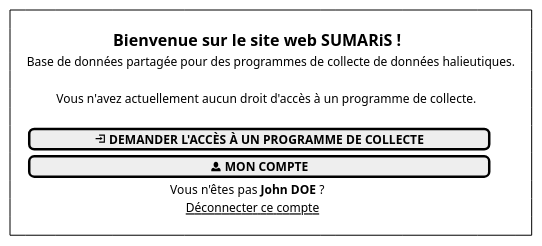
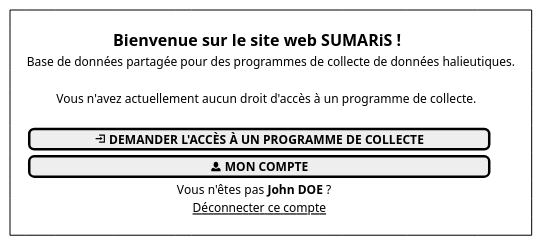
Before and after one commit to sumaris-net/sumaris-doc: the diagram in projects/common/spe/images/home-splash-no-access-rights.puml, drawn with PlantUML. The commit also changed 7 other files, not shown here.

```diff
--- a/projects/common/spe/images/home-splash-no-access-rights.puml
+++ b/projects/common/spe/images/home-splash-no-access-rights.puml
@@ -1,17 +1,17 @@
 @startsalt
 {
     {+
-        <color:ffffff>++ | . | . | . | . | . | . | . | . | . | <color:ffffff>++
-        . | . | <color:ffffff>++++++++ | <size:16><b>Bienvenue sur le site web SUMARiS ! | * | * | * | * | <color:ffffff>++++++++ | . | .
+        <color:ffffff>++ | <color:ffffff>++++ | <color:ffffff>++++++++ | <color:ffffff>+++++++++ | <color:ffffff>++ | . | <color:ffffff>++ | <color:ffffff>+++++++++ | <color:ffffff>++++++++ | <color:ffffff>++++ | <color:ffffff>++
+        . | . | . | <size:16><b>Bienvenue sur le site web SUMARiS ! | * | * | * | * | . | . | .
         . | Base de données partagée pour des programmes de collecte de données halieutiques. | * | * | * | * | * | * | * | * | .
         . | . | . | . | . | . | . | . | . | . | .
-        . | <color:ffffff>++++ | Vous n'avez actuellement aucun droit d'accès à un programme de collecte. | * | * | * | * | * | * | <color:ffffff>++++ | .
+        . | . | Vous n'avez actuellement aucun droit d'accès à un programme de collecte. | * | * | * | * | * | * | . | .
         . | . | . | . | . | . | . | . | . | . | .
         . | [<b><size:14><&account-login></size> DEMANDER L'ACCÈS À UN PROGRAMME DE COLLECTE           ] | * | * | * | * | * | * | * | * | .
         . | [<b><size:14><&person></size> MON COMPTE                                            ] | * | * | * | * | * | * | * | * | .
-        . | . | . | <color:ffffff>++++++++ | Vous n'êtes pas <b>John DOE</b> ? | * | * | <color:ffffff>+++++++++ | . | . | .
-        . | . | . | . | <color:ffffff>++ | <u>Déconnecter ce compte | <color:ffffff>++ | . | . | . | .
+        . | . | . | . | Vous n'êtes pas <b>John DOE</b> ? | * | * | . | . | . | .
+        . | . | . | . | . | <u>Déconnecter ce compte | . | . | . | . | .
         . | . | . | . | . | . | . | . | . | . | .
     }
 }
 @endsalt
```
